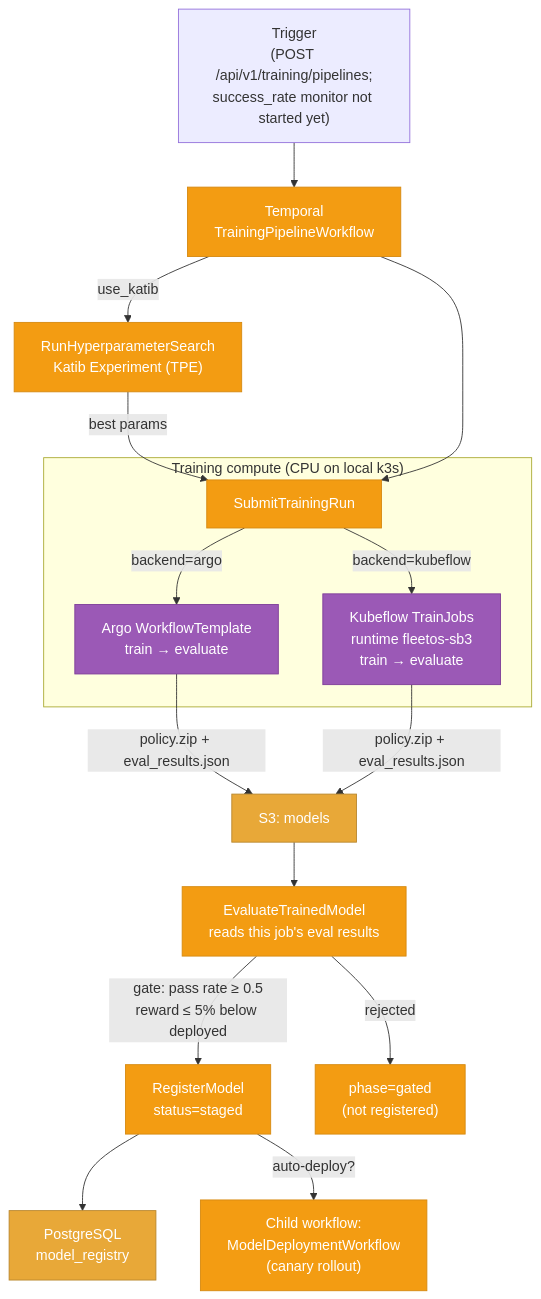
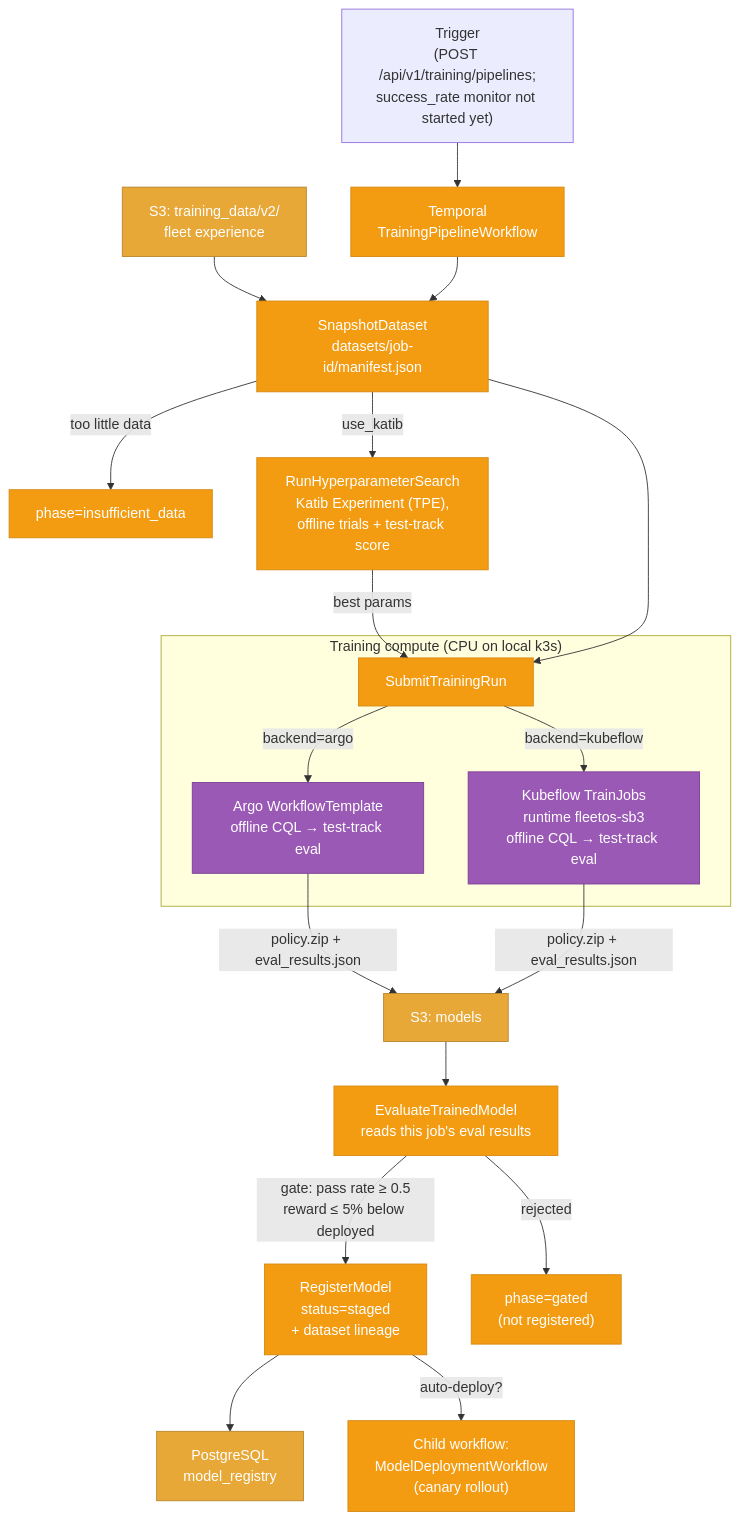
Before and after one commit to LetMeSleep8h/robot-fleet: the fifth of 7 diagrams in platform/docs/architecture.md, drawn with Mermaid. The commit also changed other lines of this file and 53 other files, not shown here.

First line of the commit message:
Train from fleet experience instead of MuJoCo; MuJoCo becomes the test track

````diff
--- a/platform/docs/architecture.md
+++ b/platform/docs/architecture.md
@@ -331,27 +333,30 @@
 ```mermaid
 graph TD
     TRIGGER["Trigger<br/>(POST /api/v1/training/pipelines;<br/>success_rate monitor not started yet)"] --> TEMP["Temporal<br/>TrainingPipelineWorkflow"]
-    TEMP -->|"use_katib"| HPO["RunHyperparameterSearch<br/>Katib Experiment (TPE)"]
+    FLEET["S3: training_data/v2/<br/>fleet experience"] --> SNAP["SnapshotDataset<br/>datasets/job-id/manifest.json"]
+    TEMP --> SNAP
+    SNAP -->|"too little data"| NODATA["phase=insufficient_data"]
+    SNAP -->|"use_katib"| HPO["RunHyperparameterSearch<br/>Katib Experiment (TPE),<br/>offline trials + test-track score"]
     HPO -->|"best params"| SUBMIT["SubmitTrainingRun"]
-    TEMP --> SUBMIT
+    SNAP --> SUBMIT
 
     subgraph Compute["Training compute (CPU on local k3s)"]
-        SUBMIT -->|"backend=argo"| ARGO["Argo WorkflowTemplate<br/>train → evaluate"]
-        SUBMIT -->|"backend=kubeflow"| TRAIN["Kubeflow TrainJobs<br/>runtime fleetos-sb3<br/>train → evaluate"]
+        SUBMIT -->|"backend=argo"| ARGO["Argo WorkflowTemplate<br/>offline CQL → test-track eval"]
+        SUBMIT -->|"backend=kubeflow"| TRAIN["Kubeflow TrainJobs<br/>runtime fleetos-sb3<br/>offline CQL → test-track eval"]
     end
 
     ARGO -->|"policy.zip + eval_results.json"| S3M["S3: models"]
     TRAIN -->|"policy.zip + eval_results.json"| S3M
     S3M --> EVAL["EvaluateTrainedModel<br/>reads this job's eval results"]
-    EVAL -->|"gate: pass rate ≥ 0.5<br/>reward ≤ 5% below deployed"| REG["RegisterModel<br/>status=staged"]
+    EVAL -->|"gate: pass rate ≥ 0.5<br/>reward ≤ 5% below deployed"| REG["RegisterModel<br/>status=staged<br/>+ dataset lineage"]
     EVAL -->|"rejected"| GATED["phase=gated<br/>(not registered)"]
     REG --> PG["PostgreSQL<br/>model_registry"]
     REG -->|"auto-deploy?"| DEPLOY["Child workflow:<br/>ModelDeploymentWorkflow<br/>(canary rollout)"]
 
     classDef temporal fill:#f39c12,stroke:#d68910,color:#fff
     classDef storage fill:#e8a838,stroke:#b8862d,color:#fff
     classDef gpu fill:#9b59b6,stroke:#7d3c98,color:#fff
-    class TEMP,HPO,SUBMIT,EVAL,REG,DEPLOY,GATED temporal
-    class S3M,PG storage
+    class TEMP,SNAP,HPO,SUBMIT,EVAL,REG,DEPLOY,GATED,NODATA temporal
+    class S3M,PG,FLEET storage
     class TRAIN,ARGO gpu
 ```
````
